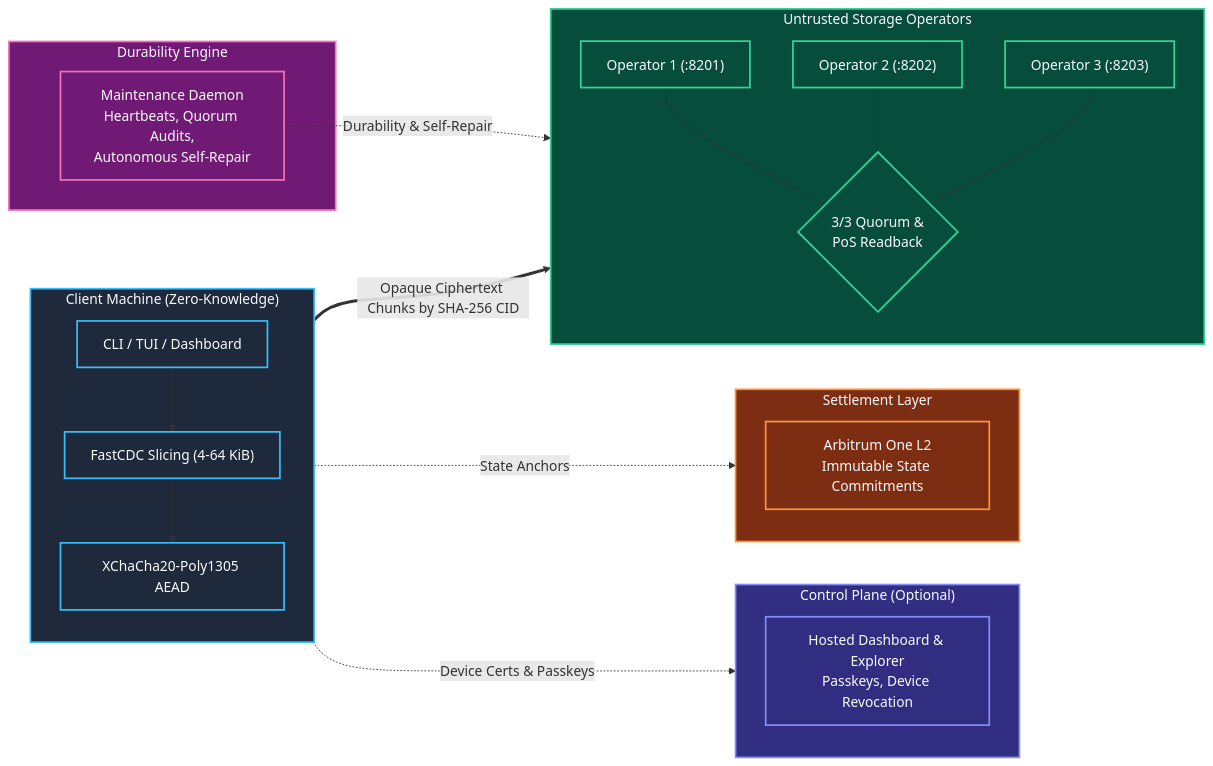
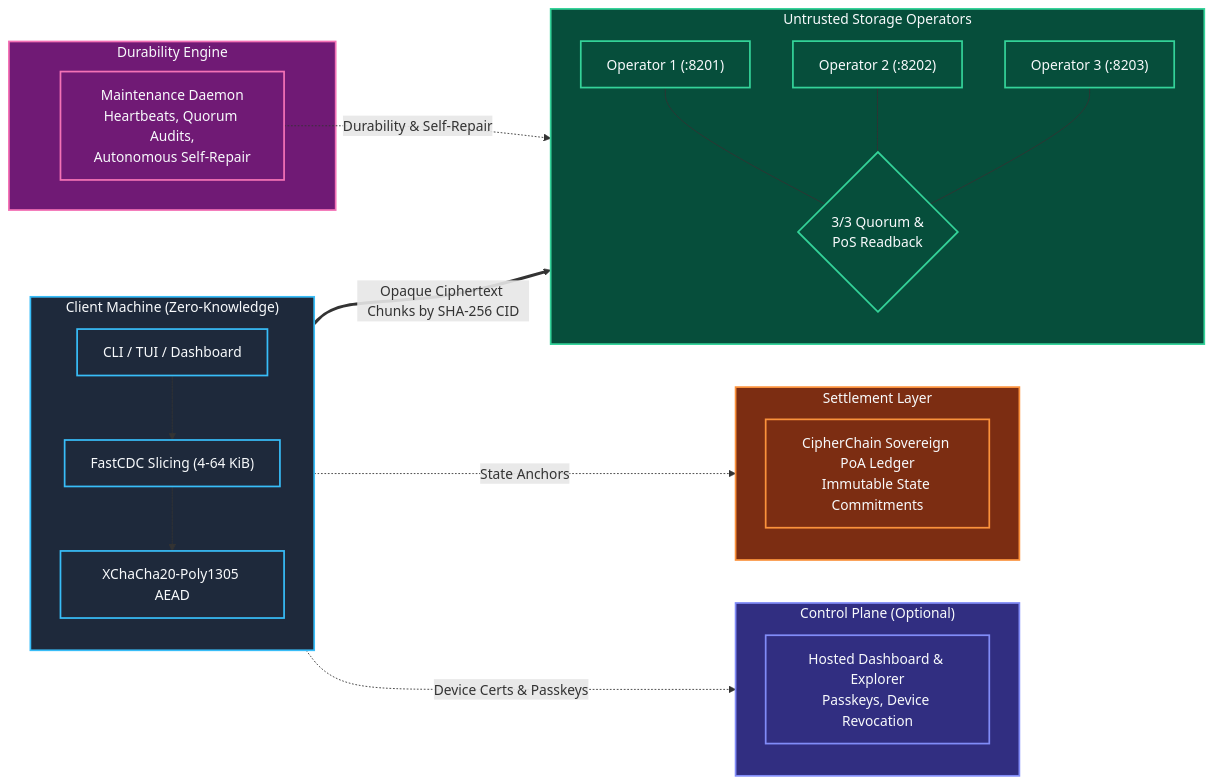
Before and after one commit to samuel-1-avson/CipherVault: the diagram in docs/WORKFLOW_GUIDE.md, drawn with Mermaid. The commit also changed other lines of this file and 58 other files, not shown here.

First line of the commit message:
ship: operator audit R1-R13 + drift visibility, onboarding flow, user… (#26)

````diff
--- a/docs/WORKFLOW_GUIDE.md
+++ b/docs/WORKFLOW_GUIDE.md
@@ -15,50 +15,50 @@
 ```mermaid
 flowchart LR
     subgraph Client ["Client Machine (Zero-Knowledge)"]
         direction TB
         CLI["CLI / TUI / Dashboard"]
         FastCDC["FastCDC Slicing (4-64 KiB)"]
         AEAD["XChaCha20-Poly1305 AEAD"]
         CLI --> FastCDC --> AEAD
     end
 
     subgraph Mesh ["Untrusted Storage Operators"]
         direction TB
         OP1["Operator 1 (:8201)"]
         OP2["Operator 2 (:8202)"]
         OP3["Operator 3 (:8203)"]
         Quorum{"3/3 Quorum &\nPoS Readback"}
         OP1 --- Quorum
         OP2 --- Quorum
         OP3 --- Quorum
     end
 
     subgraph Maint ["Durability Engine"]
         MaintDaemon["Maintenance Daemon\nHeartbeats, Quorum Audits,\nAutonomous Self-Repair"]
     end
 
     subgraph Control ["Control Plane (Optional)"]
         Dashboard["Hosted Dashboard & Explorer\nPasskeys, Device Revocation"]
     end
 
     subgraph L2 ["Settlement Layer"]
-        Arbitrum["Arbitrum One L2\nImmutable State Commitments"]
+        CipherChain["CipherChain Sovereign PoA Ledger\nImmutable State Commitments"]
     end
 
     AEAD ==>|Opaque Ciphertext Chunks by SHA-256 CID| Quorum
     MaintDaemon -.->|Durability & Self-Repair| Mesh
     Client -.->|Device Certs & Passkeys| Control
     Client -.->|State Anchors| L2
 
     classDef c fill:#1e293b,stroke:#38bdf8,stroke-width:2px,color:#f8fafc;
     classDef o fill:#064e3b,stroke:#34d399,stroke-width:2px,color:#f8fafc;
     classDef m fill:#701a75,stroke:#f472b6,stroke-width:2px,color:#f8fafc;
     classDef cp fill:#312e81,stroke:#818cf8,stroke-width:2px,color:#f8fafc;
     classDef l fill:#7c2d12,stroke:#fb923c,stroke-width:2px,color:#f8fafc;
 
     class Client,CLI,FastCDC,AEAD c;
     class Mesh,OP1,OP2,OP3,Quorum o;
     class Maint,MaintDaemon m;
     class Control,Dashboard cp;
-    class L2,Arbitrum l;
+    class L2,CipherChain l;
 ```
````
